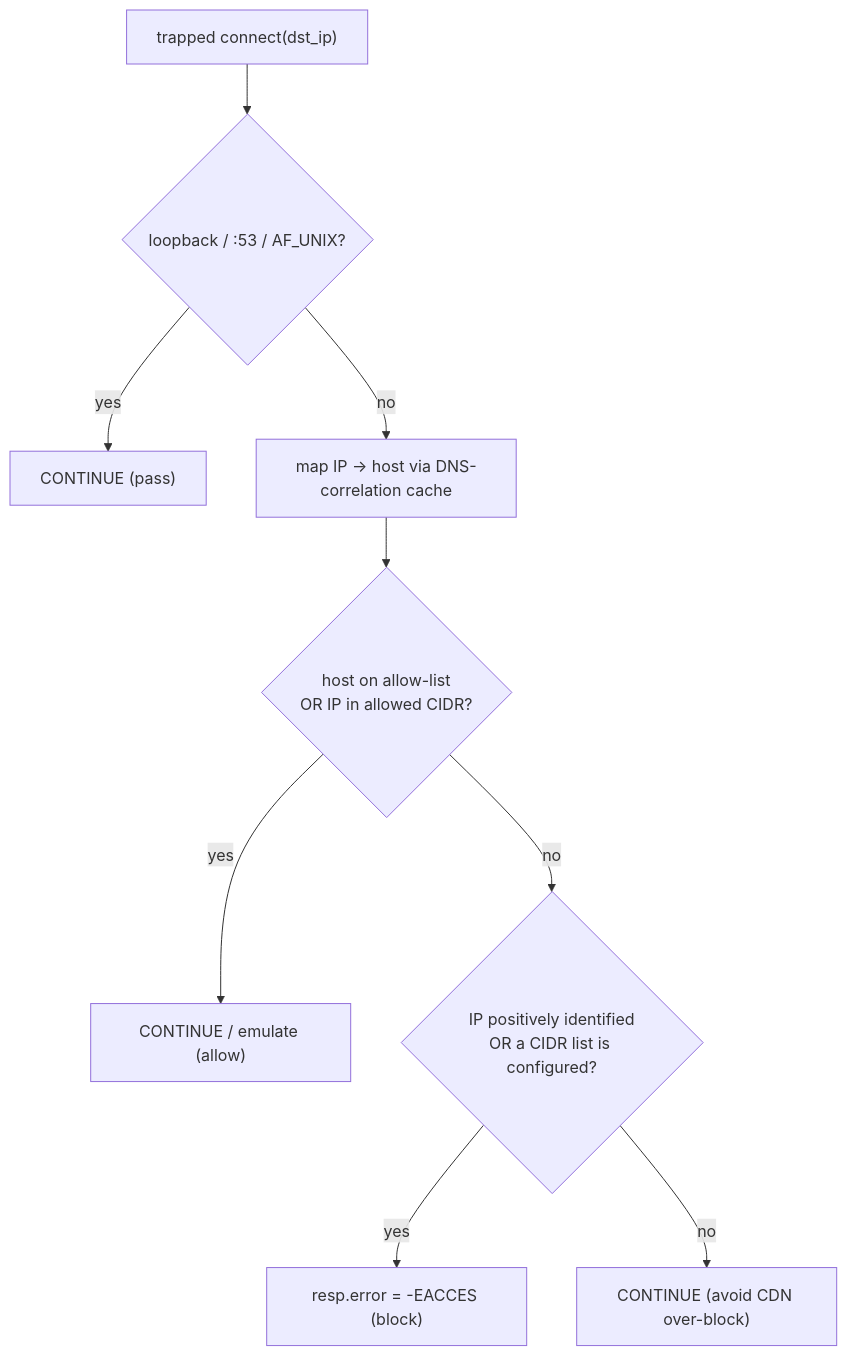
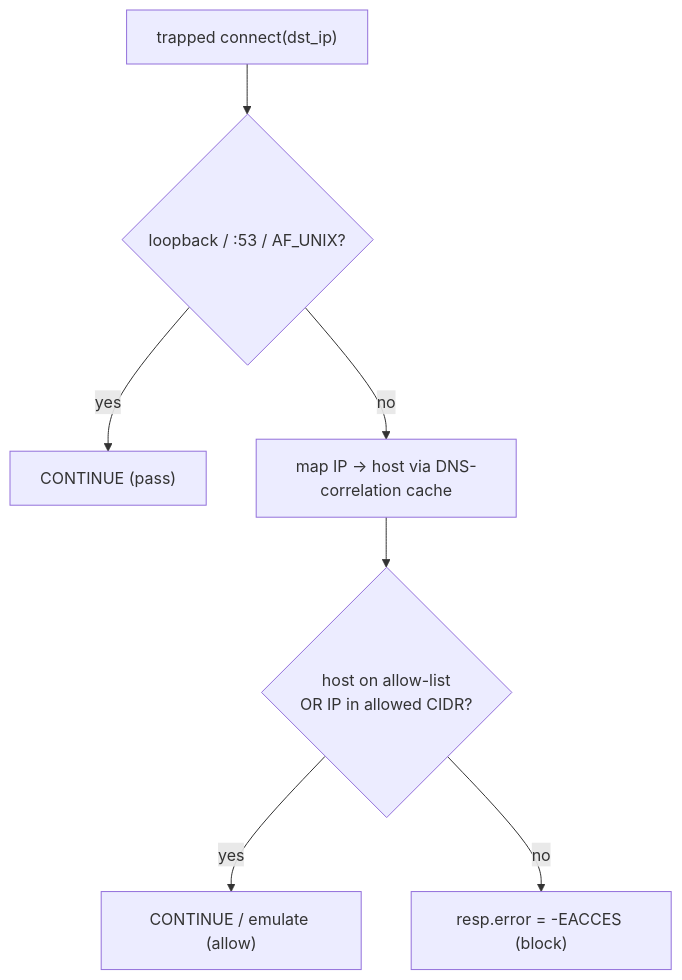
The sixth of 6 diagrams in ARCH.md (iamjosephmj/Poseidon), drawn with Mermaid before and after one commit. The commit also changed other lines of this file and 1 other file, not shown here.

````diff
--- a/ARCH.md
+++ b/ARCH.md
@@ -187,11 +187,9 @@
 ```mermaid
 flowchart TD
   c["trapped connect(dst_ip)"] --> na{"loopback / :53 / AF_UNIX?"}
   na -->|yes| cont1["CONTINUE (pass)"]
   na -->|no| map["map IP → host via DNS-correlation cache"]
   map --> allowed{"host on allow-list<br/>OR IP in allowed CIDR?"}
   allowed -->|yes| cont2["CONTINUE / emulate (allow)"]
-  allowed -->|no| id{"IP positively identified<br/>OR a CIDR list is configured?"}
-  id -->|yes| block["resp.error = -EACCES (block)"]
-  id -->|no| cont3["CONTINUE (avoid CDN over-block)"]
+  allowed -->|no| block["resp.error = -EACCES (block)"]
 ```
````
